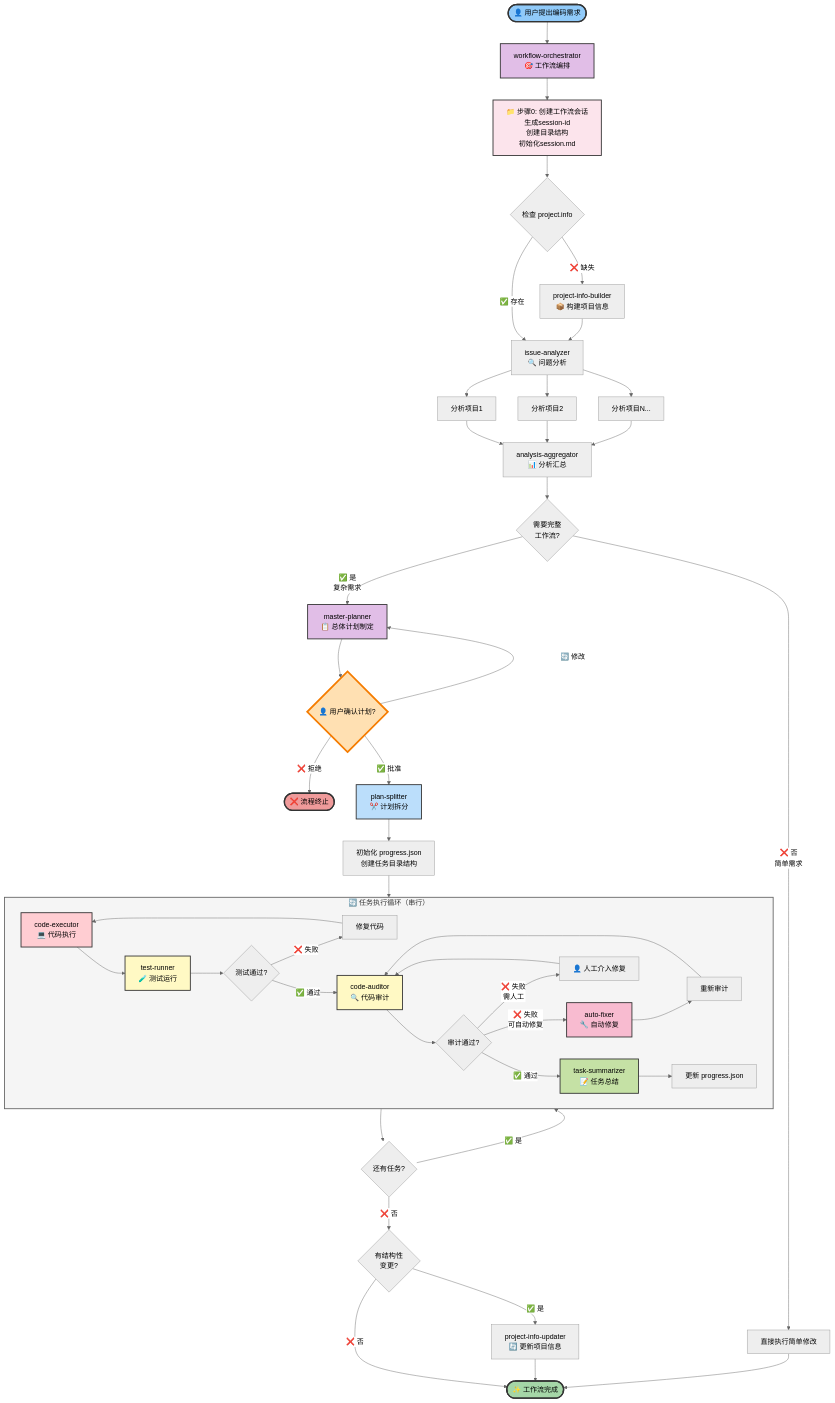
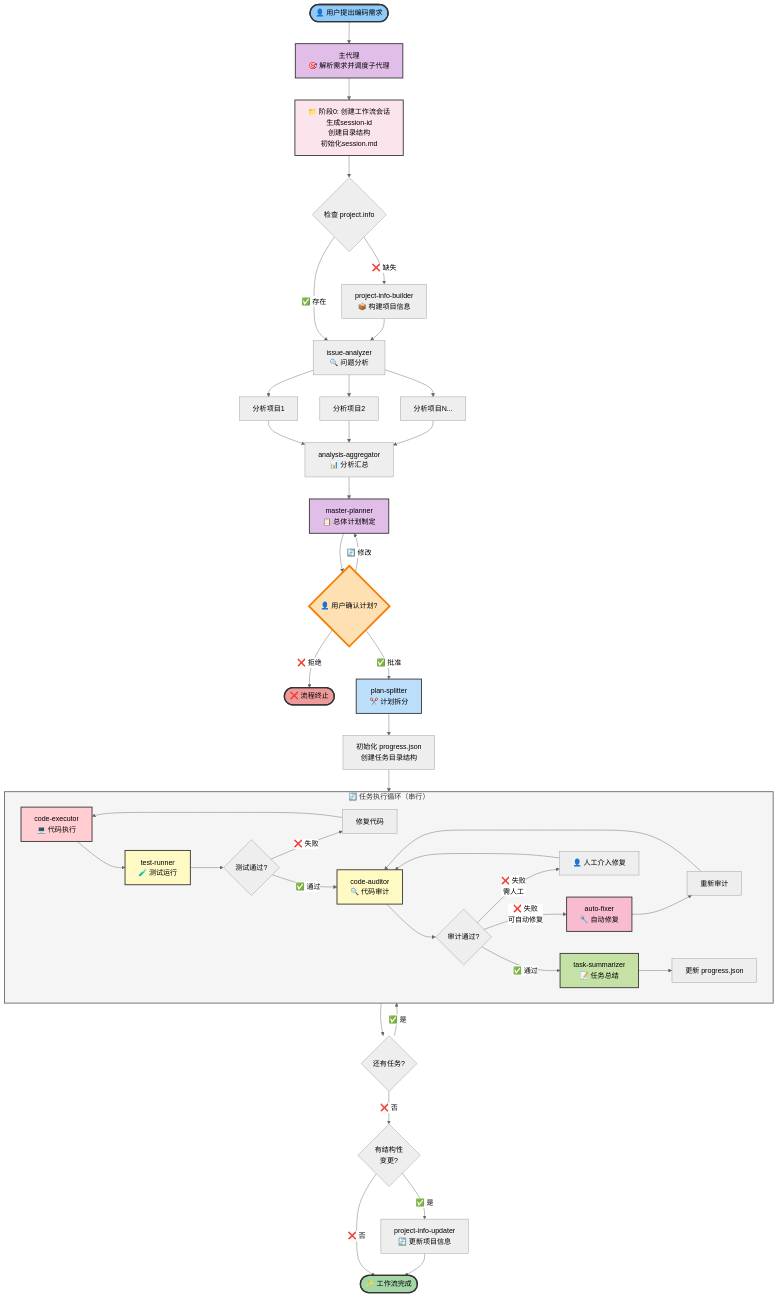
The second of 2 diagrams in README.md (gyqwuyuedefeng/.claude), drawn with Mermaid (neutral theme) before and after one commit. The commit also changed other lines of this file and 2 other files, not shown here.

````diff
--- a/README.md
+++ b/README.md
@@ -108,76 +107,72 @@
 ```mermaid
 graph TB
-    Start([👤 用户提出编码需求]) --> WO[workflow-orchestrator<br/>🎯 工作流编排]
+    Start([👤 用户提出编码需求]) --> MainAgent[主代理<br/>🎯 解析需求并调度子代理]
 
-    WO --> CreateSession[📁 步骤0: 创建工作流会话<br/>生成session-id<br/>创建目录结构<br/>初始化session.md]
+    MainAgent --> CreateSession[📁 阶段0: 创建工作流会话<br/>生成session-id<br/>创建目录结构<br/>初始化session.md]
     CreateSession --> CheckInfo{检查 project.info}
 
     CheckInfo -->|❌ 缺失| PIB[project-info-builder<br/>📦 构建项目信息]
     CheckInfo -->|✅ 存在| IA
     PIB --> IA[issue-analyzer<br/>🔍 问题分析]
 
     IA --> IA1[分析项目1]
     IA --> IA2[分析项目2]
     IA --> IAN[分析项目N...]
 
     IA1 --> AA[analysis-aggregator<br/>📊 分析汇总]
     IA2 --> AA
     IAN --> AA
 
-    AA --> DecideWorkflow{需要完整<br/>工作流?}
-    DecideWorkflow -->|❌ 否<br/>简单需求| SimpleExec[直接执行简单修改]
-    DecideWorkflow -->|✅ 是<br/>复杂需求| MP[master-planner<br/>📋 总体计划制定]
+    AA --> MP[master-planner<br/>📋 总体计划制定]
 
     MP --> UserConfirm{👤 用户确认计划?}
     UserConfirm -->|🔄 修改| MP
     UserConfirm -->|❌ 拒绝| End1([❌ 流程终止])
     UserConfirm -->|✅ 批准| PS[plan-splitter<br/>✂️ 计划拆分]
 
     PS --> InitProgress[初始化 progress.json<br/>创建任务目录结构]
     InitProgress --> TaskLoop
 
     subgraph TaskLoop["🔄 任务执行循环（串行）"]
         CE[code-executor<br/>💻 代码执行] --> TR[test-runner<br/>🧪 测试运行]
 
         TR --> TestResult{测试通过?}
         TestResult -->|❌ 失败| FixCode[修复代码]
         FixCode --> CE
         TestResult -->|✅ 通过| CA[code-auditor<br/>🔍 代码审计]
 
         CA --> AuditResult{审计通过?}
         AuditResult -->|❌ 失败<br/>可自动修复| AF[auto-fixer<br/>🔧 自动修复]
         AuditResult -->|❌ 失败<br/>需人工| Manual[👤 人工介入修复]
         AuditResult -->|✅ 通过| TS[task-summarizer<br/>📝 任务总结]
 
         AF --> ReAudit[重新审计]
         ReAudit --> CA
         Manual --> CA
 
         TS --> UpdateProgress[更新 progress.json]
     end
 
     TaskLoop --> CheckQueue{还有任务?}
     CheckQueue -->|✅ 是| TaskLoop
     CheckQueue -->|❌ 否| FinalCheck{有结构性<br/>变更?}
 
     FinalCheck -->|✅ 是| PIU[project-info-updater<br/>🔄 更新项目信息]
     FinalCheck -->|❌ 否| End
     PIU --> End([✨ 工作流完成])
 
-    SimpleExec --> End
-
     style Start fill:#90caf9,stroke:#333,stroke-width:3px
-    style WO fill:#e1bee7,stroke:#333,stroke-width:2px
+    style MainAgent fill:#e1bee7,stroke:#333,stroke-width:2px
     style CreateSession fill:#fce4ec,stroke:#333,stroke-width:2px
     style MP fill:#e1bee7,stroke:#333,stroke-width:2px
     style PS fill:#bbdefb,stroke:#333,stroke-width:2px
     style CE fill:#ffcdd2,stroke:#333,stroke-width:2px
     style TR fill:#fff9c4,stroke:#333,stroke-width:2px
     style CA fill:#fff9c4,stroke:#333,stroke-width:2px
     style AF fill:#f8bbd0,stroke:#333,stroke-width:2px
     style TS fill:#c5e1a5,stroke:#333,stroke-width:2px
     style UserConfirm fill:#ffe0b2,stroke:#f57c00,stroke-width:4px
     style End fill:#a5d6a7,stroke:#333,stroke-width:3px
     style End1 fill:#ef9a9a,stroke:#333,stroke-width:3px
     style TaskLoop fill:#f5f5f5,stroke:#666,stroke-width:2px
 ```
````
